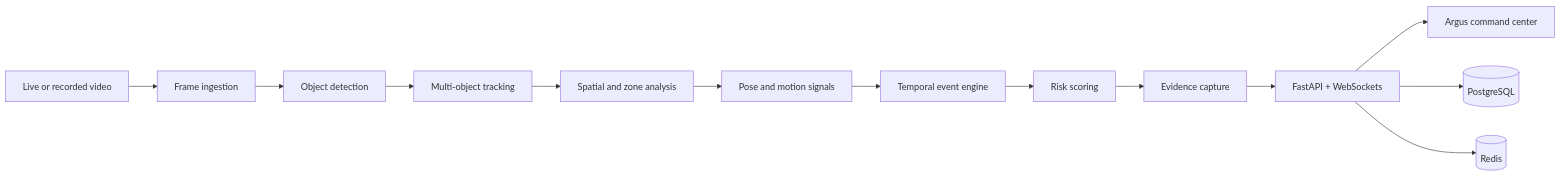
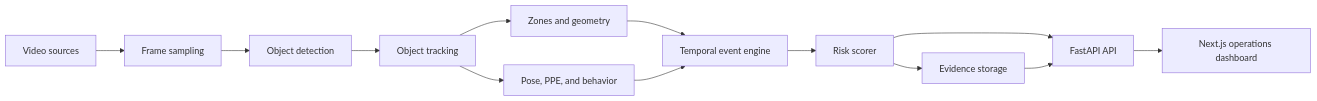
The first of 2 diagrams in README.md (Yog-esh06/Argus), drawn with Mermaid before and after one commit. The commit also changed other lines of this file, not shown here.

````diff
--- a/README.md
+++ b/README.md
@@ -36,15 +87,15 @@
 ```mermaid
 flowchart LR
-    A[Live or recorded video] --> B[Frame ingestion]
-    B --> C[Object detection]
-    C --> D[Multi-object tracking]
-    D --> E[Spatial and zone analysis]
-    E --> F[Pose and motion signals]
-    F --> G[Temporal event engine]
-    G --> H[Risk scoring]
-    H --> I[Evidence capture]
-    I --> J[FastAPI + WebSockets]
-    J --> K[Argus command center]
-    J --> L[(PostgreSQL)]
-    J --> M[(Redis)]
+    Sources[Video sources] --> Sampling[Frame sampling]
+    Sampling --> Detection[Object detection]
+    Detection --> Tracking[Object tracking]
+    Tracking --> Spatial[Zones and geometry]
+    Tracking --> Behavior[Pose, PPE, and behavior]
+    Spatial --> Events[Temporal event engine]
+    Behavior --> Events
+    Events --> Risk[Risk scorer]
+    Risk --> Evidence[Evidence storage]
+    Risk --> API[FastAPI API]
+    Evidence --> API
+    API --> UI[Next.js operations dashboard]
 ```
````
